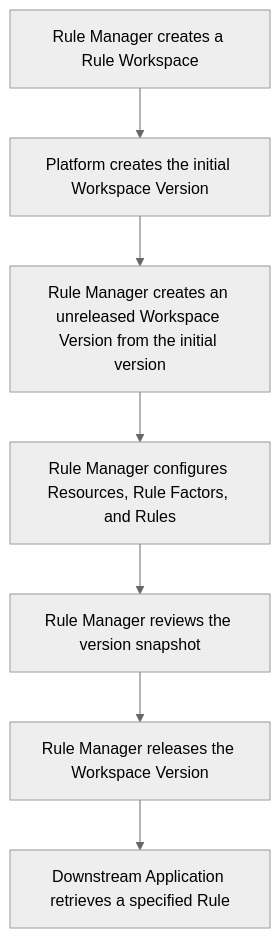
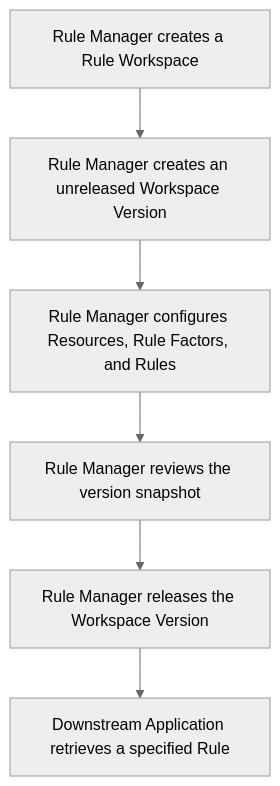
Before and after one commit to huang-xiao-jian/themis: the first of 2 diagrams in specs/copernicus/requirement.md, drawn with Mermaid (neutral theme). The commit also changed other lines of this file and 6 other files, not shown here.

Commit message:
docs(copernicus): remove initial workspace version

````diff
--- a/specs/copernicus/requirement.md
+++ b/specs/copernicus/requirement.md
@@ -73,17 +74,15 @@
 ```mermaid
 flowchart TD
     createWorkspace[Rule Manager creates a Rule Workspace]
-    createInitial[Platform creates the initial Workspace Version]
-    createFirstDraft[Rule Manager creates an unreleased Workspace Version from the initial version]
+    createFirstDraft[Rule Manager creates an unreleased Workspace Version]
     configureFirstDraft[Rule Manager configures Resources, Rule Factors, and Rules]
     reviewFirstDraft[Rule Manager reviews the version snapshot]
     releaseFirstDraft[Rule Manager releases the Workspace Version]
     retrieveRule[Downstream Application retrieves a specified Rule]
 
-    createWorkspace --> createInitial
-    createInitial --> createFirstDraft
+    createWorkspace --> createFirstDraft
     createFirstDraft --> configureFirstDraft
     configureFirstDraft --> reviewFirstDraft
     reviewFirstDraft --> releaseFirstDraft
     releaseFirstDraft --> retrieveRule
 ```
````
